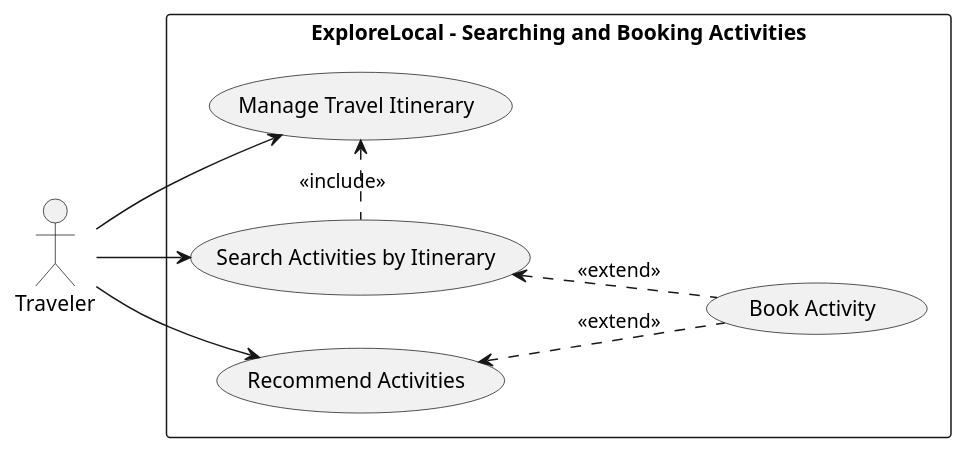
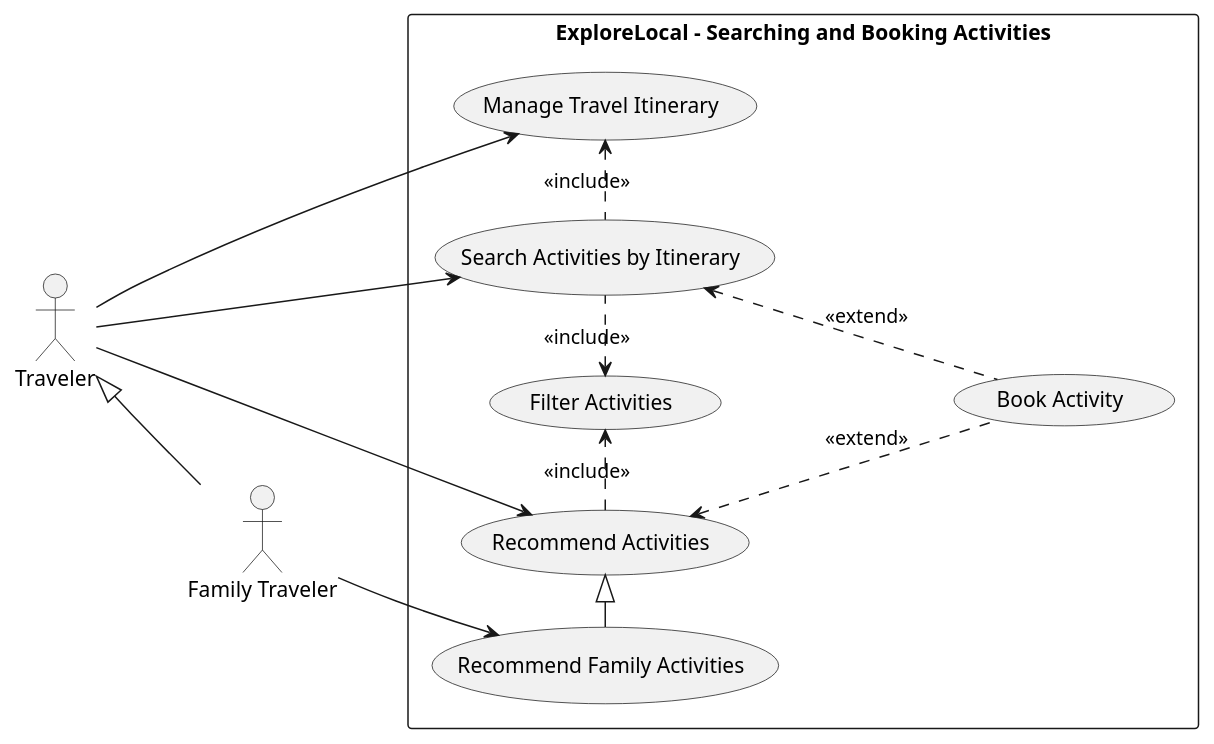
Before and after one commit to martinnec/course-introduction-to-software-engineering: the diagram in documentation/uml/uml-usecase-01-searching-and-booking-activities.plantuml, drawn with PlantUML. The commit also changed 1 other file, not shown here.

Commit message:
UML use case diagram update

```diff
--- a/documentation/uml/uml-usecase-01-searching-and-booking-activities.plantuml
+++ b/documentation/uml/uml-usecase-01-searching-and-booking-activities.plantuml
@@ -1,16 +1,24 @@
 @startuml
 left to right direction
 actor "Traveler" as AC_T
+actor "Family Traveler" as AC_FT
 rectangle "ExploreLocal - Searching and Booking Activities" {
     usecase "Manage Travel Itinerary" as UC_MTI
     usecase "Search Activities by Itinerary" as UC_SAI
     usecase "Recommend Activities" as UC_RA
+    usecase "Recommend Family Activities" as UC_RFA
     usecase "Book Activity" as UC_BA
+    usecase "Filter Activities" AS UC_FA
 }
 UC_SAI .l.> UC_MTI : <<include>>
 UC_BA .u.> UC_SAI : <<extend>>
 UC_BA .u.> UC_RA : <<extend>>
+UC_SAI .l.> UC_FA : <<include>>
+UC_RA .r.> UC_FA : <<include>>
+UC_RFA -r-|> UC_RA
 AC_T --> UC_MTI
 AC_T --> UC_SAI
 AC_T --> UC_RA
+AC_FT -u-|> AC_T
+AC_FT --> UC_RFA
 @enduml
```
